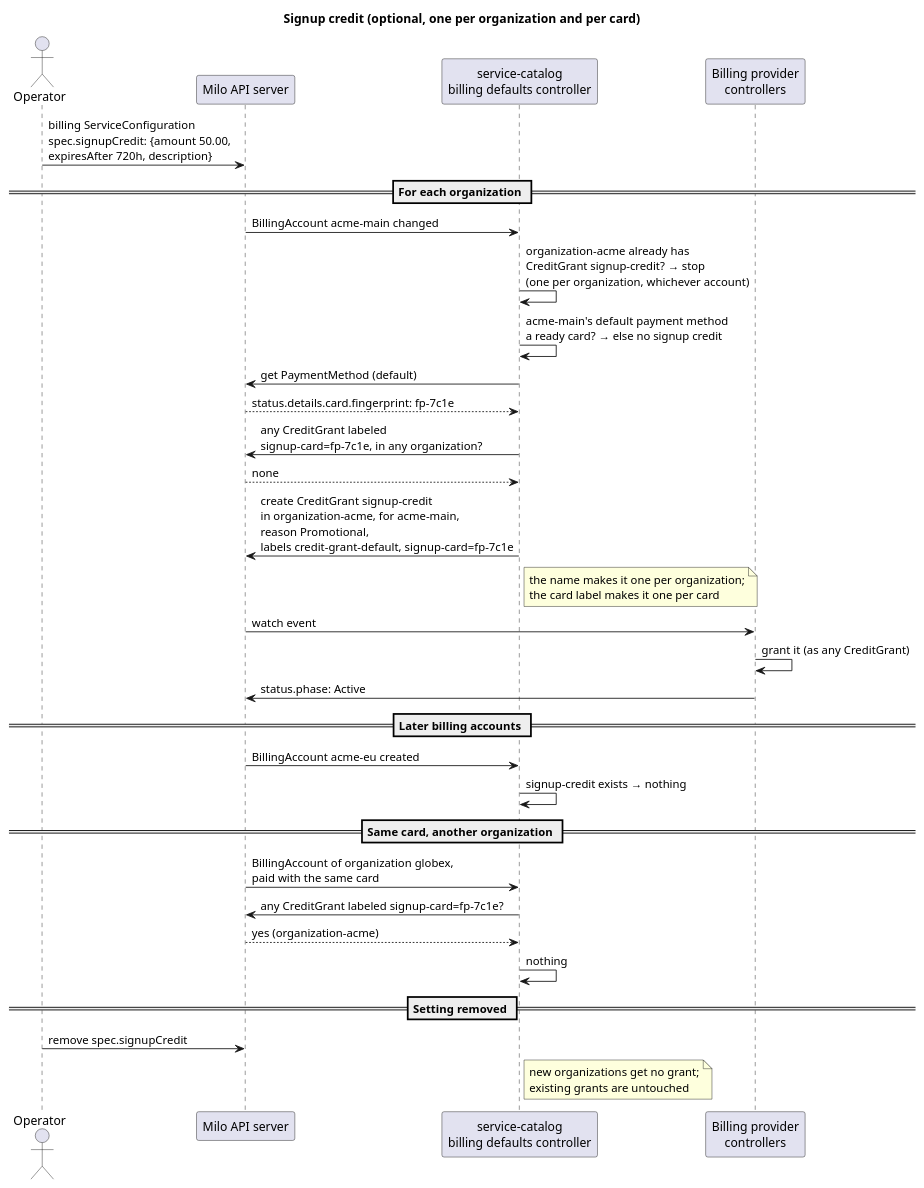
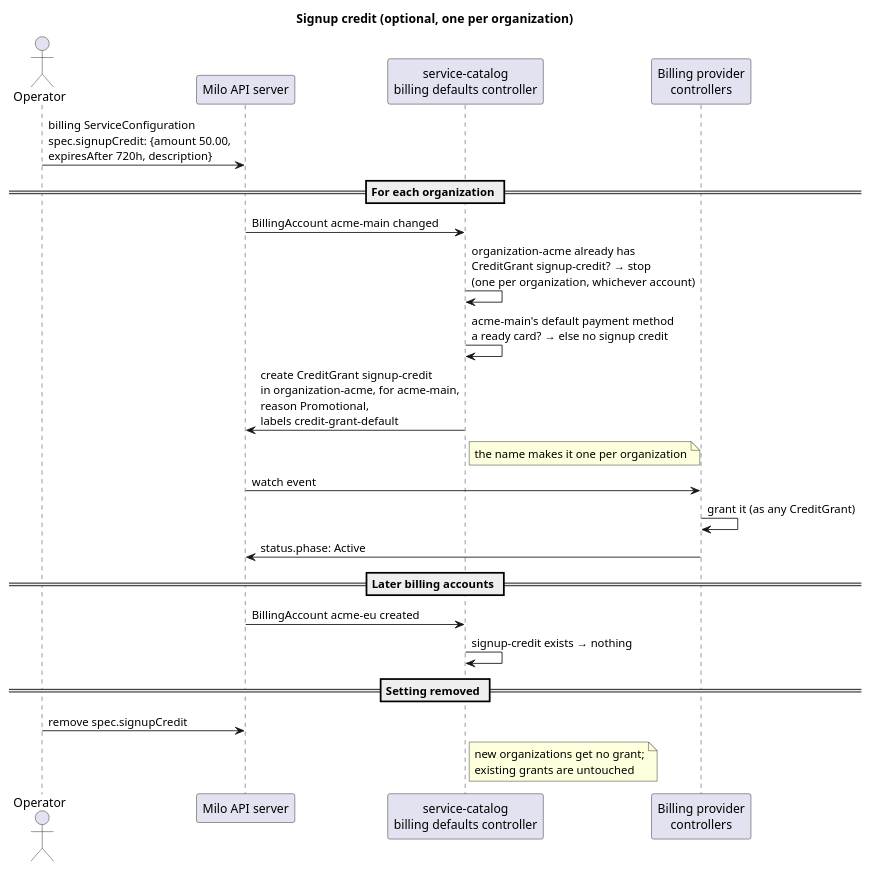
The diagram in docs/enhancements/credits/credits-signup.puml (milo-os/billing), drawn with PlantUML before and after one commit. The commit also changed 6 other files, not shown here.

Commit message:
remove card fingerprint and signup-card label from credit grant implementation and documentation

```diff
--- a/docs/enhancements/credits/credits-signup.puml
+++ b/docs/enhancements/credits/credits-signup.puml
@@ -1,38 +1,28 @@
 @startuml credits-signup
-title Signup credit (optional, one per organization and per card)
+title Signup credit (optional, one per organization)
 
 actor Operator as Op
 participant "Milo API server" as Milo
 participant "service-catalog\nbilling defaults controller" as SC
 participant "Billing provider\ncontrollers" as Provider
 
 Op -> Milo : billing ServiceConfiguration\nspec.signupCredit: {amount 50.00,\nexpiresAfter 720h, description}
 
 == For each organization ==
 Milo -> SC : BillingAccount acme-main changed
 SC -> SC : organization-acme already has\nCreditGrant signup-credit? → stop\n(one per organization, whichever account)
 SC -> SC : acme-main's default payment method\na ready card? → else no signup credit
-SC -> Milo : get PaymentMethod (default)
-Milo --> SC : status.details.card.fingerprint: fp-7c1e
-SC -> Milo : any CreditGrant labeled\nsignup-card=fp-7c1e, in any organization?
-Milo --> SC : none
-SC -> Milo : create CreditGrant signup-credit\nin organization-acme, for acme-main,\nreason Promotional,\nlabels credit-grant-default, signup-card=fp-7c1e
-note right of SC : the name makes it one per organization;\nthe card label makes it one per card
+SC -> Milo : create CreditGrant signup-credit\nin organization-acme, for acme-main,\nreason Promotional,\nlabels credit-grant-default
+note right of SC : the name makes it one per organization
 Milo -> Provider : watch event
 Provider -> Provider : grant it (as any CreditGrant)
 Provider -> Milo : status.phase: Active
 
 == Later billing accounts ==
 Milo -> SC : BillingAccount acme-eu created
 SC -> SC : signup-credit exists → nothing
 
-== Same card, another organization ==
-Milo -> SC : BillingAccount of organization globex,\npaid with the same card
-SC -> Milo : any CreditGrant labeled signup-card=fp-7c1e?
-Milo --> SC : yes (organization-acme)
-SC -> SC : nothing
-
 == Setting removed ==
 Op -> Milo : remove spec.signupCredit
 note right of SC : new organizations get no grant;\nexisting grants are untouched
 @enduml
```
